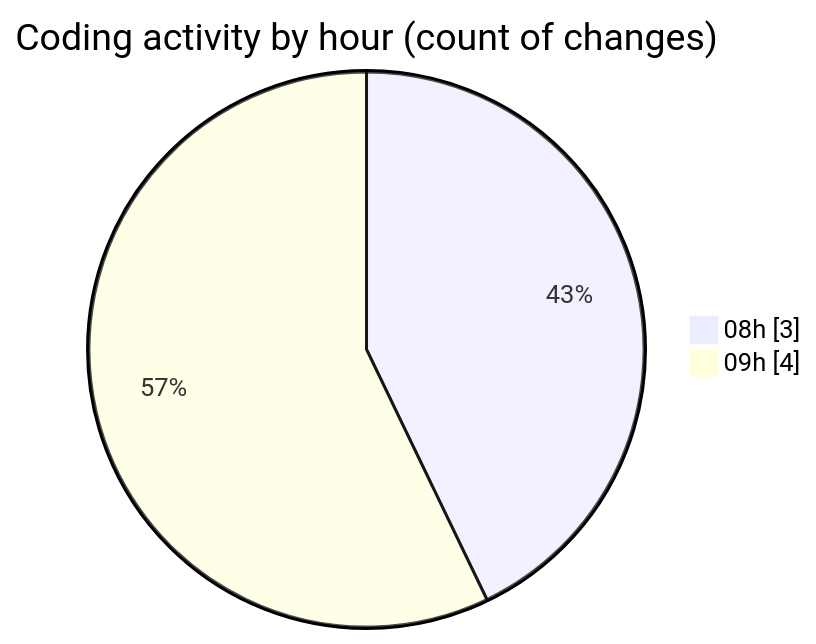
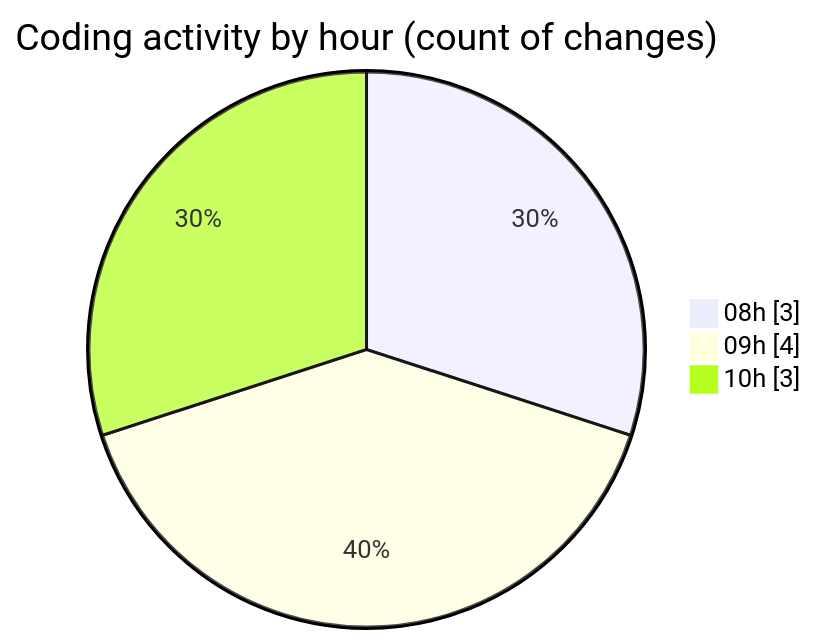
One commit to momahboobian/code-tracking changed the second of 2 diagrams in 2026-09-21/video-downloader/README.md. Above: the diagram before and after it, drawn with Mermaid. The commit also changed other lines of this file and 1 other file, not shown here.

````diff
--- a/2026-09-21/video-downloader/README.md
+++ b/2026-09-21/video-downloader/README.md
@@ -31,6 +31,7 @@
 ```mermaid
 pie showData
 title Coding activity by hour (count of changes)
 "08h" : 3
 "09h" : 4
+"10h" : 3
 ```
````
